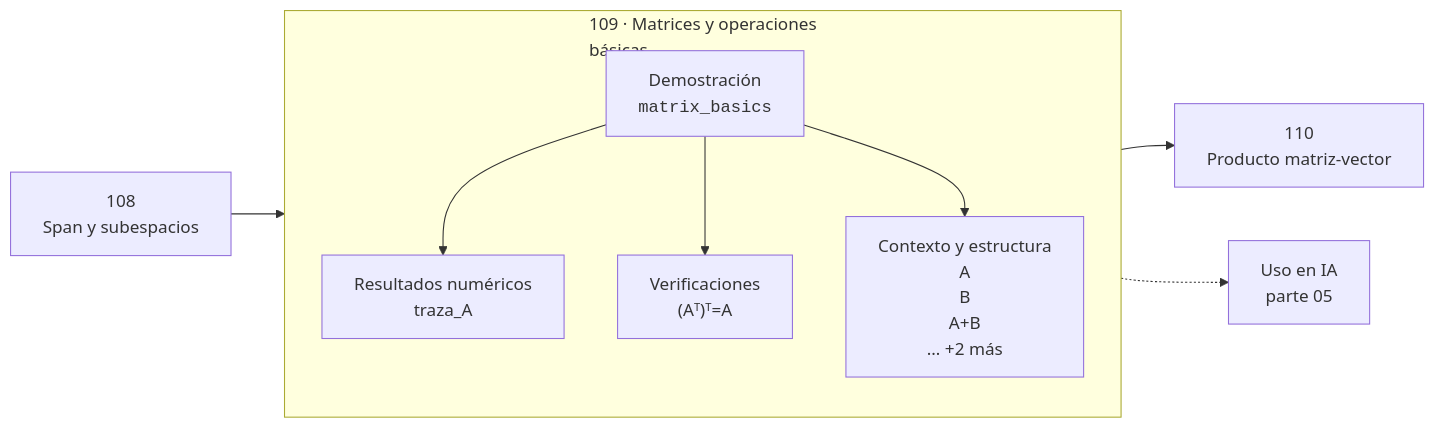
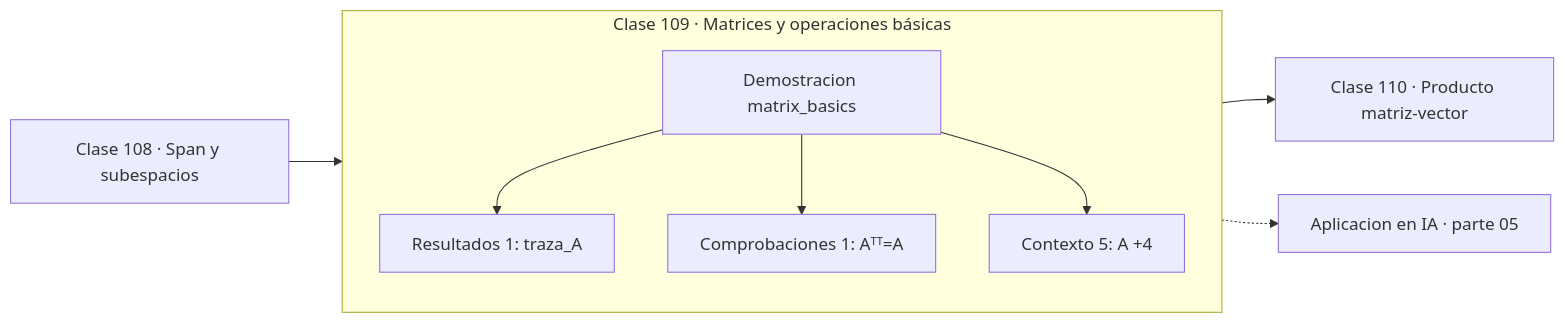
The diagram in classes/part-05-algebra-lineal-i-vectores-y-matrices/109-matrices-y-operaciones-basicas/README.md (vladimiracunadev-create/computational-mathematics-program), drawn with Mermaid before and after one commit. The commit also changed 389 other files, not shown here.

First line of the commit message:
fix(diagramas): elimina el HTML de las etiquetas Mermaid

````diff
--- a/classes/part-05-algebra-lineal-i-vectores-y-matrices/109-matrices-y-operaciones-basicas/README.md
+++ b/classes/part-05-algebra-lineal-i-vectores-y-matrices/109-matrices-y-operaciones-basicas/README.md
@@ -30,12 +30,13 @@
 ```mermaid
 flowchart LR
-    P["108<br/>Span y subespacios"] --> C
-    subgraph C["109 · Matrices y operaciones<br/>básicas"]
+    P["Clase 108 · Span y subespacios"] --> D
+    subgraph CLASE["Clase 109 · Matrices y operaciones básicas"]
         direction TB
-        D["Demostración<br/><code>matrix_basics</code>"] --> R["Resultados numéricos<br/>traza_A"]
-        D --> V["Verificaciones<br/>(Aᵀ)ᵀ=A"]
-        D --> O["Contexto y estructura<br/>A<br/>B<br/>A+B<br/>… +2 más"]
+        D["Demostracion matrix_basics"]
+        D --> R["Resultados 1: traza_A"]
+        D --> V["Comprobaciones 1: Aᵀᵀ=A"]
+        D --> O["Contexto 5: A +4"]
     end
-    C --> N["110<br/>Producto matriz-vector"]
-    C -.-> IA["Uso en IA<br/>parte 05"]
+    R --> N["Clase 110 · Producto matriz-vector"]
+    V -.-> IA["Aplicacion en IA · parte 05"]
 ```
````
